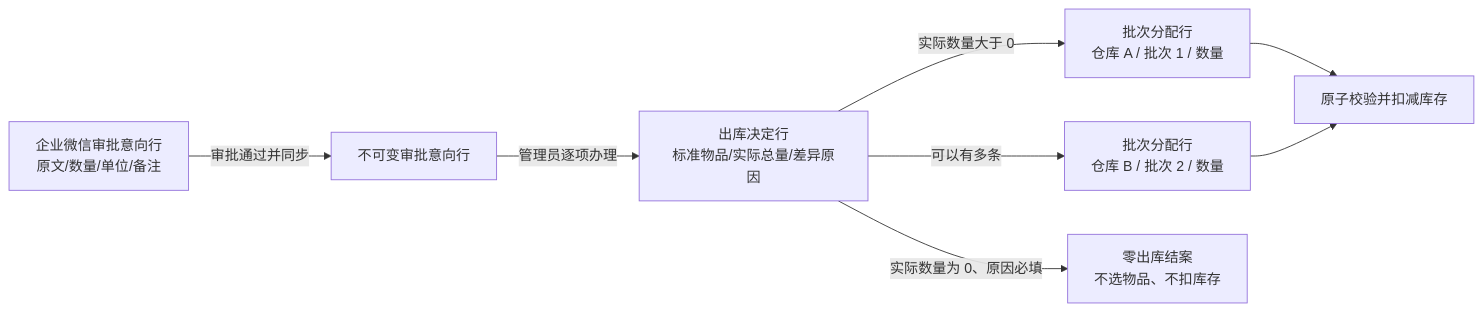
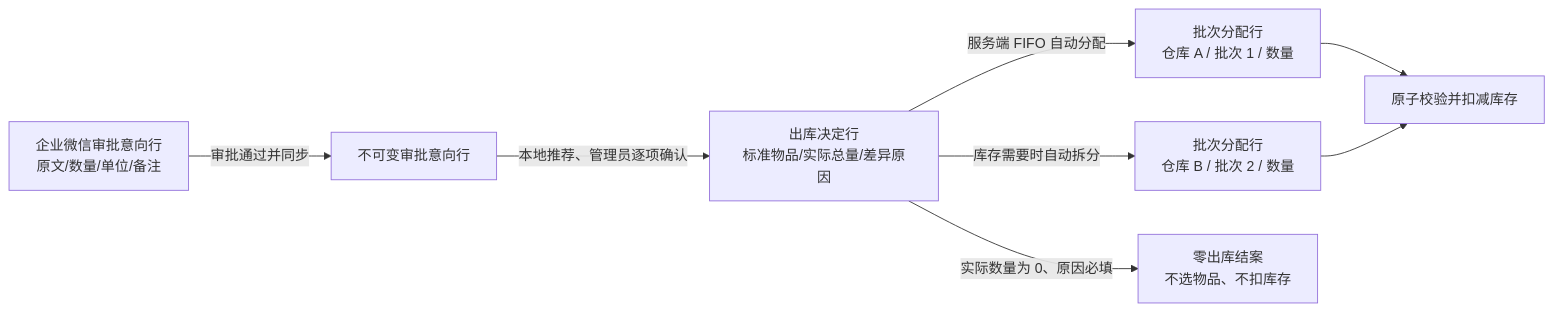
Before and after one commit to Babefish99/beikexiang-warehouse-management: the first of 2 diagrams in docs/superpowers/specs/2026-09-04-approval-intent-outbound-resolution-design.md, drawn with Mermaid. The commit also changed other lines of this file and 35 other files, not shown here.

```diff
--- a/docs/superpowers/specs/2026-09-04-approval-intent-outbound-resolution-design.md
+++ b/docs/superpowers/specs/2026-09-04-approval-intent-outbound-resolution-design.md
@@ -46,10 +46,10 @@
 ~~~mermaid
 flowchart LR
     A[企业微信审批意向行<br/>原文/数量/单位/备注] -->|审批通过并同步| B[不可变审批意向行]
-    B -->|管理员逐项办理| C[出库决定行<br/>标准物品/实际总量/差异原因]
-    C -->|实际数量大于 0| D1[批次分配行<br/>仓库 A / 批次 1 / 数量]
-    C -->|可以有多条| D2[批次分配行<br/>仓库 B / 批次 2 / 数量]
+    B -->|本地推荐、管理员逐项确认| C[出库决定行<br/>标准物品/实际总量/差异原因]
+    C -->|服务端 FIFO 自动分配| D1[批次分配行<br/>仓库 A / 批次 1 / 数量]
+    C -->|库存需要时自动拆分| D2[批次分配行<br/>仓库 B / 批次 2 / 数量]
     D1 --> E[原子校验并扣减库存]
     D2 --> E
     C -->|实际数量为 0、原因必填| F[零出库结案<br/>不选物品、不扣库存]
 ~~~
```
